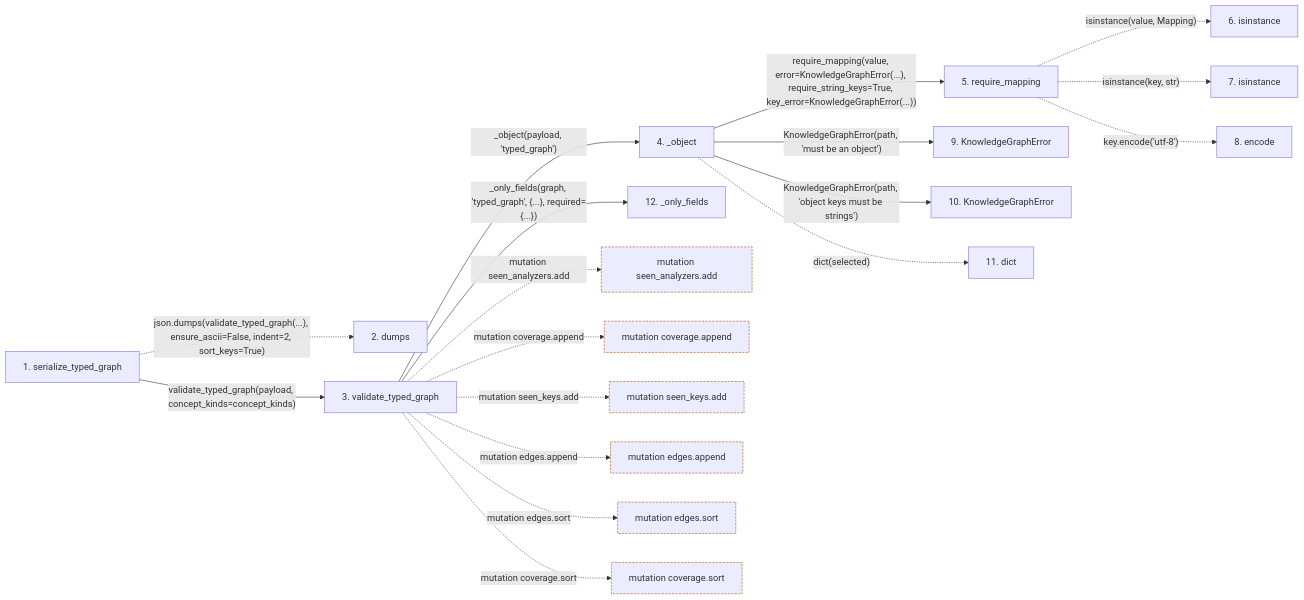
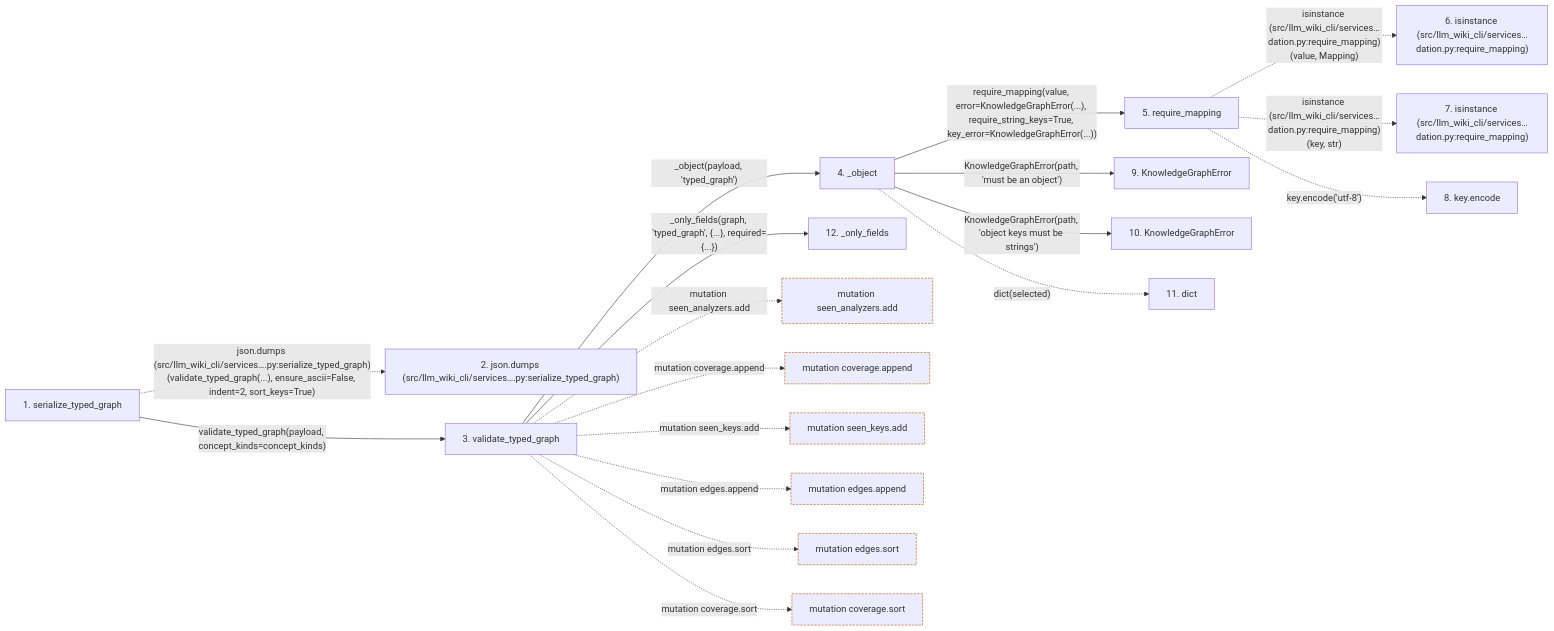
The second of 2 diagrams in docs/llm_wiki/flows/api-serialize_typed_graph.md (Denissvgn/python-wiki-llm), drawn with Mermaid before and after one commit. The commit also changed other lines of this file and 719 other files, not shown here.

````diff
--- a/docs/llm_wiki/flows/api-serialize_typed_graph.md
+++ b/docs/llm_wiki/flows/api-serialize_typed_graph.md
@@ -77,52 +79,52 @@
 ```mermaid
 flowchart LR
     s1["1. serialize_typed_graph"]
-    s2["2. dumps"]
+    s2["2. json.dumps (src/llm_wiki_cli/services….py:serialize_typed_graph)"]
     s3["3. validate_typed_graph"]
     s4["4. _object"]
     s5["5. require_mapping"]
-    s6["6. isinstance"]
-    s7["7. isinstance"]
-    s8["8. encode"]
+    s6["6. isinstance (src/llm_wiki_cli/services…dation.py:require_mapping)"]
+    s7["7. isinstance (src/llm_wiki_cli/services…dation.py:require_mapping)"]
+    s8["8. key.encode"]
     s9["9. KnowledgeGraphError"]
     s10["10. KnowledgeGraphError"]
     s11["11. dict"]
     s12["12. _only_fields"]
-    s1 -. "json.dumps(validate_typed_graph(...), ensure_ascii=False, indent=2, sort_keys=True)" .-> s2
+    s1 -. "json.dumps (src/llm_wiki_cli/services….py:serialize_typed_graph)(validate_typed_graph(...), ensure_ascii=False, indent=2, sort_keys=True)" .-> s2
     s1 -->|"validate_typed_graph(payload, concept_kinds=concept_kinds)"| s3
     s3 -->|"_object(payload, 'typed_graph')"| s4
     s4 -->|"require_mapping(value, error=KnowledgeGraphError(...), require_string_keys=True, key_error=KnowledgeGraphError(...))"| s5
-    s5 -. "isinstance(value, Mapping)" .-> s6
-    s5 -. "isinstance(key, str)" .-> s7
+    s5 -. "isinstance (src/llm_wiki_cli/services…dation.py:require_mapping)(value, Mapping)" .-> s6
+    s5 -. "isinstance (src/llm_wiki_cli/services…dation.py:require_mapping)(key, str)" .-> s7
     s5 -. "key.encode('utf-8')" .-> s8
     s4 -->|"KnowledgeGraphError(path, 'must be an object')"| s9
     s4 -->|"KnowledgeGraphError(path, 'object keys must be strings')"| s10
     s4 -. "dict(selected)" .-> s11
     s3 -->|"_only_fields(graph, 'typed_graph', {...}, required={...})"| s12
     b0["mutation seen_analyzers.add"]
     s3 -. "mutation seen_analyzers.add" .-> b0
     b1["mutation coverage.append"]
     s3 -. "mutation coverage.append" .-> b1
     b2["mutation seen_keys.add"]
     s3 -. "mutation seen_keys.add" .-> b2
     b3["mutation edges.append"]
     s3 -. "mutation edges.append" .-> b3
     b4["mutation edges.sort"]
     s3 -. "mutation edges.sort" .-> b4
     b5["mutation coverage.sort"]
     s3 -. "mutation coverage.sort" .-> b5
     click s1 "../modules/knowledge_graph.md"
     click s3 "../modules/knowledge_graph.md"
     click s4 "../modules/knowledge_graph.md"
     click s5 "../modules/validation.md"
     click s9 "../modules/knowledge_graph.md"
     click s10 "../modules/knowledge_graph.md"
     click s12 "../modules/knowledge_graph.md"
     classDef boundary stroke:#b45309,stroke-dasharray: 4 2
     class b0 boundary
     class b1 boundary
     class b2 boundary
     class b3 boundary
     class b4 boundary
     class b5 boundary
 ```
````
